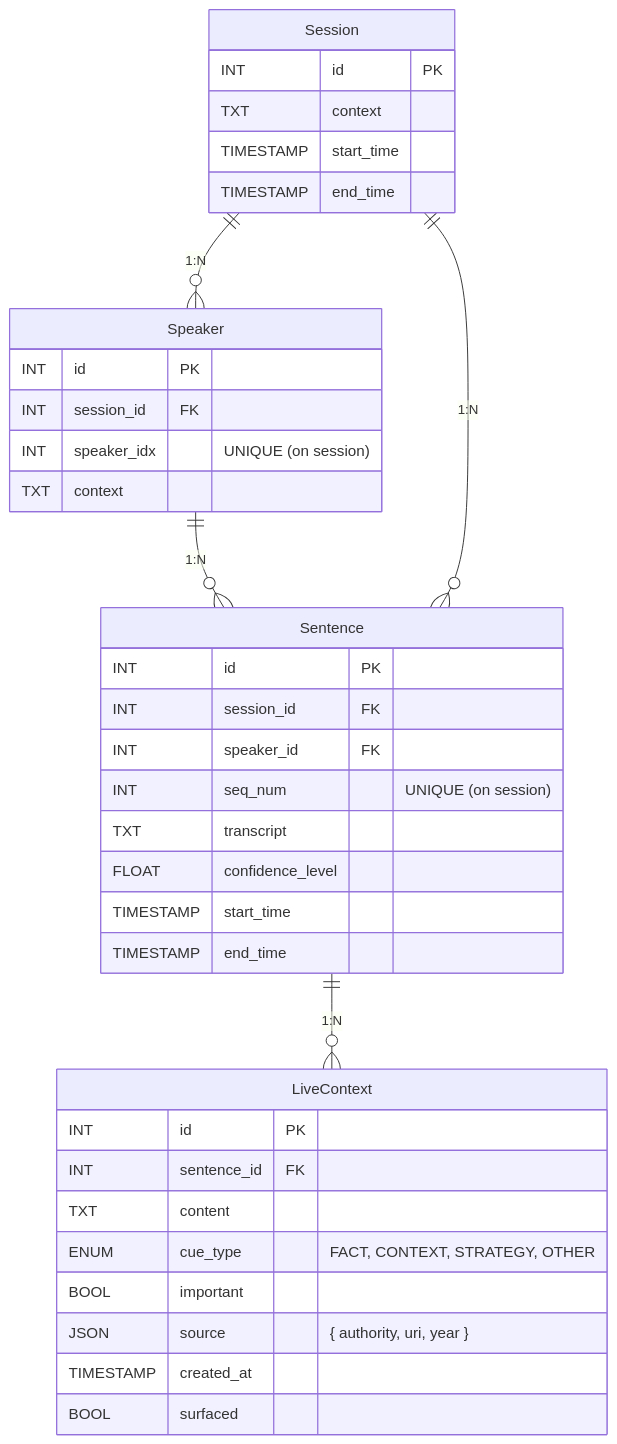
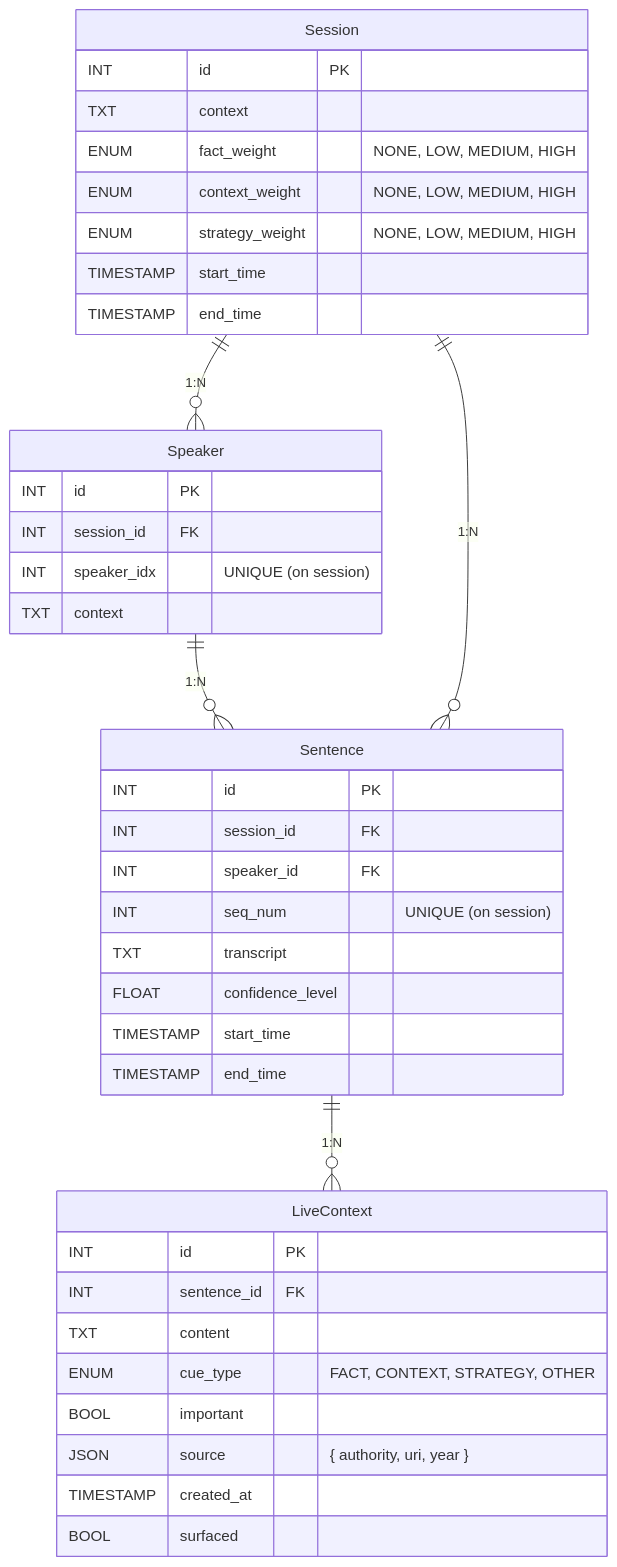
One commit to Teinc3/Auricue changed the second of 2 diagrams in docs/design.md. Above: the diagram before and after it, drawn with Mermaid. The commit also changed 5 other files, not shown here.

````diff
--- a/docs/design.md
+++ b/docs/design.md
@@ -61,43 +61,46 @@
 ```mermaid
 erDiagram
     Session ||--o{ Speaker : "1:N"
     Speaker ||--o{ Sentence : "1:N"
     Session ||--o{ Sentence : "1:N"
     Sentence ||--o{ LiveContext : "1:N"
 
     Speaker {
         INT id PK
         INT session_id FK
         INT speaker_idx "UNIQUE (on session)"
         TXT context
     }
 
     Session {
         INT id PK
         TXT context
+        ENUM fact_weight "NONE, LOW, MEDIUM, HIGH"
+        ENUM context_weight "NONE, LOW, MEDIUM, HIGH"
+        ENUM strategy_weight "NONE, LOW, MEDIUM, HIGH"
         TIMESTAMP start_time
         TIMESTAMP end_time
     }
 
     Sentence {
         INT id PK
         INT session_id FK
         INT speaker_id FK
         INT seq_num "UNIQUE (on session)"
         TXT transcript
         FLOAT confidence_level
         TIMESTAMP start_time
         TIMESTAMP end_time
     }
 
     LiveContext {
         INT id PK
         INT sentence_id FK
         TXT content
         ENUM cue_type "FACT, CONTEXT, STRATEGY, OTHER"
         BOOL important
         JSON source "{ authority, uri, year }"
         TIMESTAMP created_at
         BOOL surfaced
     }
 ```
````
